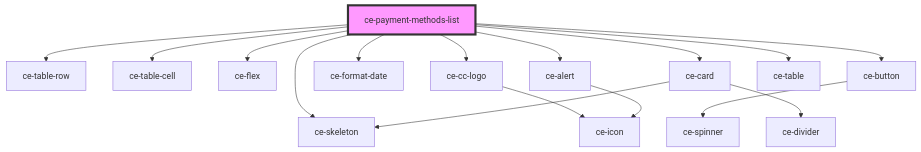
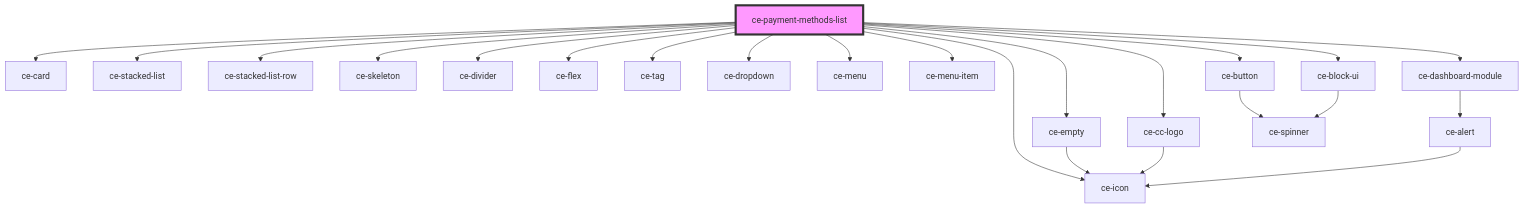
The diagram in packages/components/src/components/controllers/dashboard/payment-methods-list/readme.md (surecart/surecart-wp-plugin), drawn with Mermaid before and after one commit. The commit also changed other lines of this file and 118 other files, not shown here.

````diff
--- a/packages/components/src/components/controllers/dashboard/payment-methods-list/readme.md
+++ b/packages/components/src/components/controllers/dashboard/payment-methods-list/readme.md
@@ -31,19 +38,26 @@
 ```mermaid
 graph TD;
-  ce-payment-methods-list --> ce-table-row
-  ce-payment-methods-list --> ce-table-cell
+  ce-payment-methods-list --> ce-card
+  ce-payment-methods-list --> ce-stacked-list
+  ce-payment-methods-list --> ce-stacked-list-row
   ce-payment-methods-list --> ce-skeleton
+  ce-payment-methods-list --> ce-divider
+  ce-payment-methods-list --> ce-empty
   ce-payment-methods-list --> ce-flex
   ce-payment-methods-list --> ce-cc-logo
-  ce-payment-methods-list --> ce-format-date
+  ce-payment-methods-list --> ce-tag
+  ce-payment-methods-list --> ce-dropdown
+  ce-payment-methods-list --> ce-icon
+  ce-payment-methods-list --> ce-menu
+  ce-payment-methods-list --> ce-menu-item
+  ce-payment-methods-list --> ce-dashboard-module
   ce-payment-methods-list --> ce-button
-  ce-payment-methods-list --> ce-alert
-  ce-payment-methods-list --> ce-card
-  ce-payment-methods-list --> ce-table
+  ce-payment-methods-list --> ce-block-ui
+  ce-empty --> ce-icon
   ce-cc-logo --> ce-icon
+  ce-dashboard-module --> ce-alert
+  ce-alert --> ce-icon
   ce-button --> ce-spinner
-  ce-alert --> ce-icon
-  ce-card --> ce-skeleton
-  ce-card --> ce-divider
+  ce-block-ui --> ce-spinner
   style ce-payment-methods-list fill:#f9f,stroke:#333,stroke-width:4px
 ```
````
